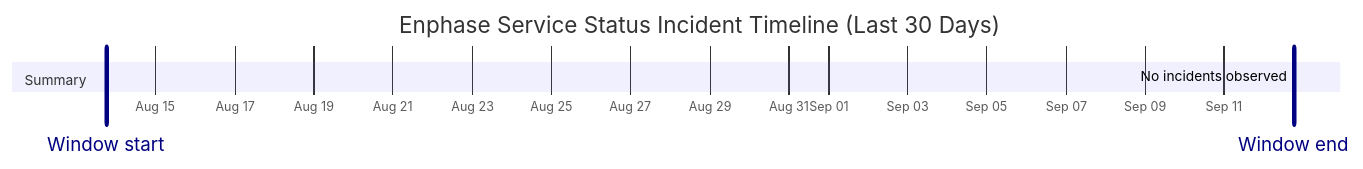
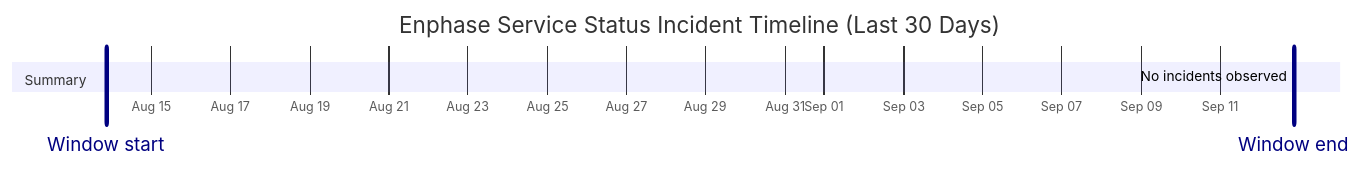
One commit to barneyonline/ha-enphase-energy changed the diagram in wiki/Service-Status-History.md. Above: the diagram before and after it, drawn with Mermaid. The commit also changed other lines of this file and 3 other files, not shown here.

````diff
--- a/wiki/Service-Status-History.md
+++ b/wiki/Service-Status-History.md
@@ -14,10 +14,10 @@
 ```mermaid
 gantt
     title Enphase Service Status Incident Timeline (Last 30 Days)
     dateFormat  YYYY-MM-DDTHH:mm:ss
     axisFormat  %b %d
-    Window start :vert, window-start, 2026-08-13T18:05:41, 0ms
-    Window end :vert, window-end, 2026-09-12T18:05:41, 0ms
+    Window start :vert, window-start, 2026-08-13T20:46:38, 0ms
+    Window end :vert, window-end, 2026-09-12T20:46:38, 0ms
     section Summary
-    No incidents observed :done, 2026-09-12T18:05:41, 1m
+    No incidents observed :done, 2026-09-12T20:46:38, 1m
 ```
````
